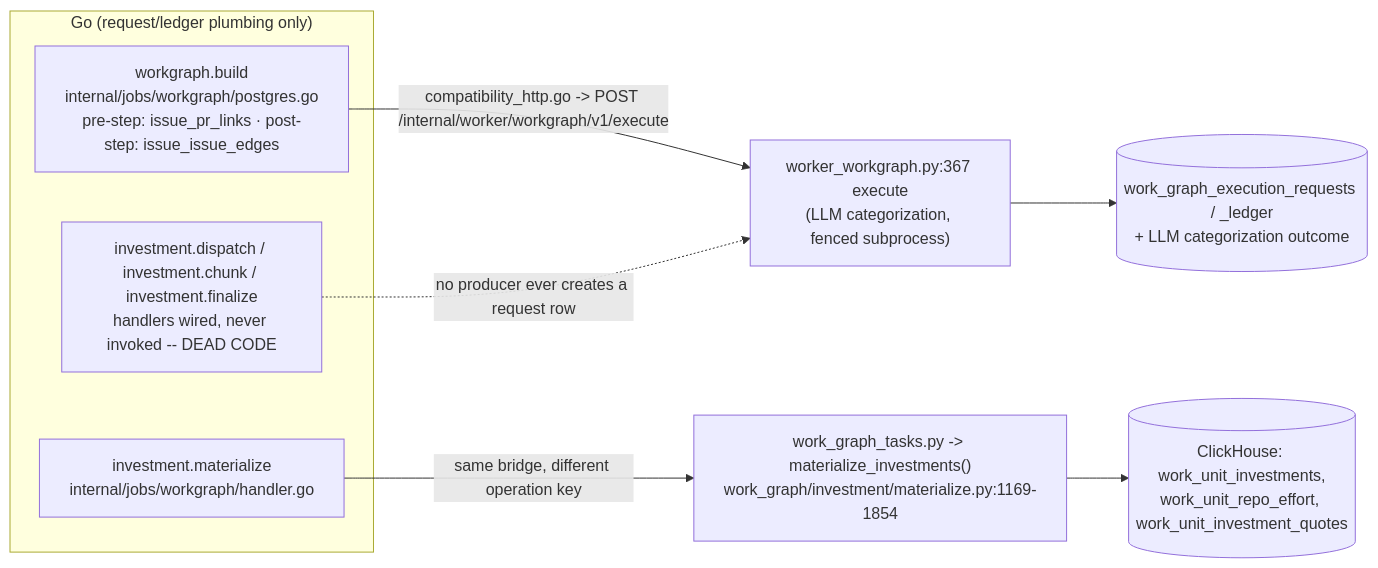
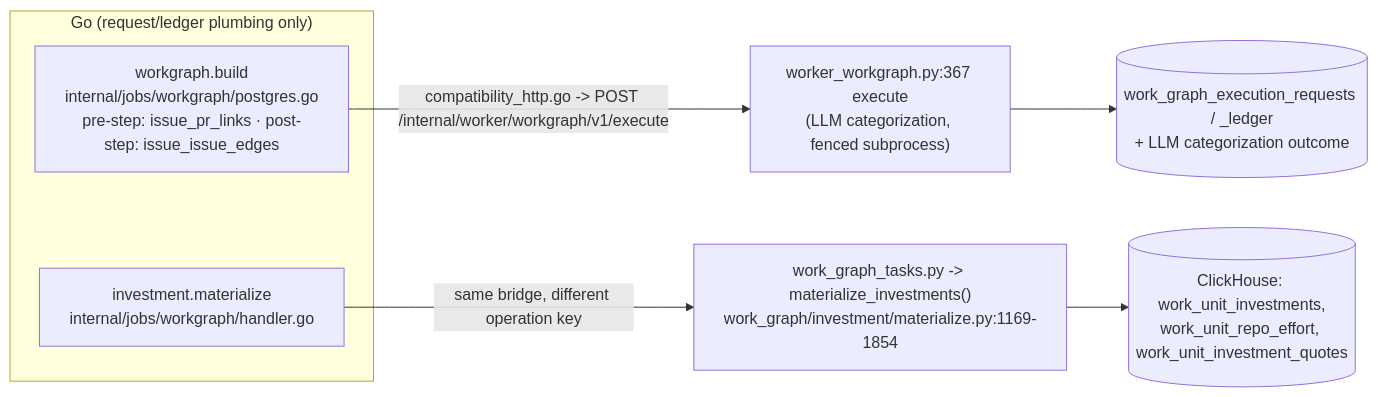
One commit to full-chaos/dev-health-ops changed the third of 3 diagrams in docs/reference/runtime/python-go-live-path-ledger.md. Above: the diagram before and after it, drawn with Mermaid. The commit also changed other lines of this file and 2 other files, not shown here.

````diff
--- a/docs/reference/runtime/python-go-live-path-ledger.md
+++ b/docs/reference/runtime/python-go-live-path-ledger.md
@@ -171,13 +171,11 @@
 ```mermaid
 flowchart LR
   subgraph Go["Go (request/ledger plumbing only)"]
     WGREQ["workgraph.build<br/>internal/jobs/workgraph/postgres.go<br/>pre-step: issue_pr_links · post-step: issue_issue_edges"]
     INVREQ["investment.materialize<br/>internal/jobs/workgraph/handler.go"]
-    DEAD["investment.dispatch / investment.chunk / investment.finalize<br/>handlers wired, never invoked -- DEAD CODE"]
   end
   WGREQ -->|"compatibility_http.go -&gt; POST /internal/worker/workgraph/v1/execute"| WGP["worker_workgraph.py:367 execute<br/>(LLM categorization, fenced subprocess)"]
   INVREQ -->|"same bridge, different operation key"| INVP["work_graph_tasks.py -&gt; materialize_investments()<br/>work_graph/investment/materialize.py:1169-1854"]
   WGP --> WGT[("work_graph_execution_requests / _ledger<br/>+ LLM categorization outcome")]
   INVP --> INVT[("ClickHouse: work_unit_investments,<br/>work_unit_repo_effort, work_unit_investment_quotes")]
-  DEAD -.->|"no producer ever creates a request row"| WGP
 ```
````
